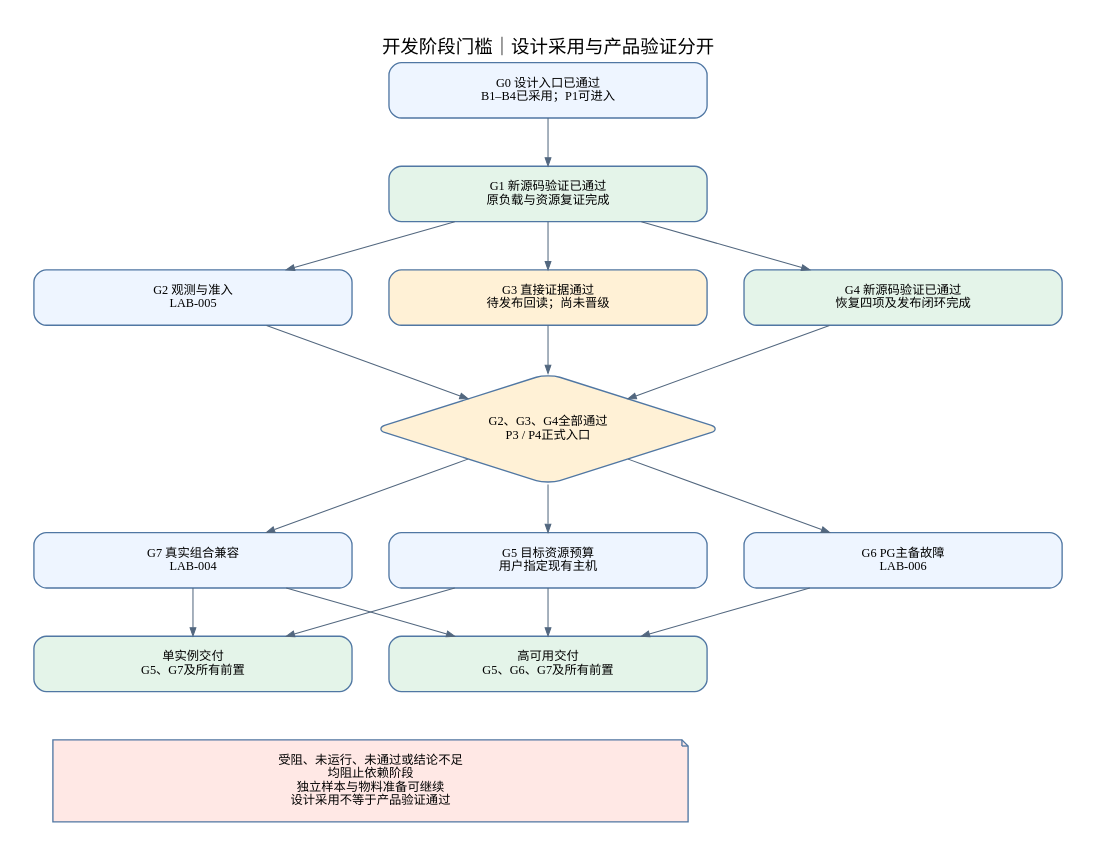
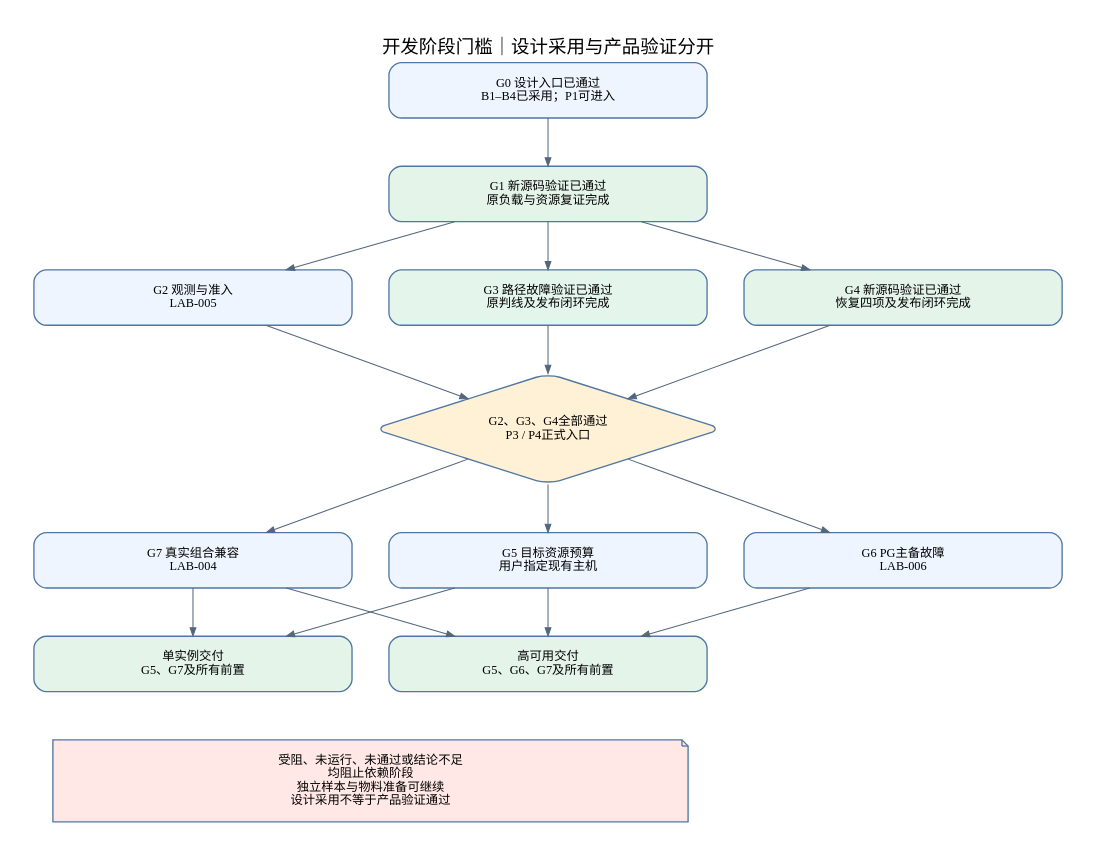
Before and after one commit to wyw-ai/loom-oi: the diagram in docs/architecture/diagrams/v0.7/06-delivery-dependencies.dot, drawn with Graphviz. The commit also changed 23 other files, not shown here.

```diff
--- a/docs/architecture/diagrams/v0.7/06-delivery-dependencies.dot
+++ b/docs/architecture/diagrams/v0.7/06-delivery-dependencies.dot
@@ -1,23 +1,23 @@
 digraph G {
 graph [bgcolor="white",pad="0.35",nodesep="0.5",ranksep="0.65",fontname="Noto Sans SC",fontsize=18,labelloc="t",splines=polyline];
 node [shape=box,style="rounded,filled",fillcolor="#eef5ff",color="#5077a3",fontname="Noto Sans SC",fontsize=12,width=4.3,margin="0.35,0.2",penwidth=1.3];
 edge [color="#52677f",fontname="Noto Sans SC",fontsize=10,arrowsize=0.8];
 rankdir=TB;label="开发阶段门槛｜设计采用与产品验证分开";
  g0[label="G0 设计入口已通过\nB1–B4已采用；P1可进入"];
  g1[label="G1 新源码验证已通过\n原负载与资源复证完成",fillcolor="#e4f4e9"];
  g2[label="G2 观测与准入\nLAB-005"];
- g3[label="G3 直接证据通过\n待发布回读；尚未晋级",fillcolor="#fff1d6"];
+ g3[label="G3 路径故障验证已通过\n原判线及发布闭环完成",fillcolor="#e4f5eb"];
  g4[label="G4 新源码验证已通过\n恢复四项及发布闭环完成",fillcolor="#e4f4e9"];
  gate[label="G2、G3、G4全部通过\nP3 / P4正式入口",shape=diamond,fillcolor="#fff1d6"];
  g5[label="G5 目标资源预算\n用户指定现有主机"];
  g6[label="G6 PG主备故障\nLAB-006"];
  g7[label="G7 真实组合兼容\nLAB-004"];
  single[label="单实例交付\nG5、G7及所有前置",fillcolor="#e4f4e9"];
  ha[label="高可用交付\nG5、G6、G7及所有前置",fillcolor="#e4f4e9"];
  g0->g1;g1->g2;g1->g3;g1->g4;{rank=same;g2;g3;g4;}
  g2->gate;g3->gate;g4->gate;gate->g5;gate->g6;gate->g7;{rank=same;g5;g6;g7;}
  g5->single;g7->single;g5->ha;g6->ha;g7->ha;
  note[label="受阻、未运行、未通过或结论不足\n均阻止依赖阶段\n独立样本与物料准备可继续\n设计采用不等于产品验证通过",width=8.6,shape=note,fillcolor="#ffe8e5"];
  single->note[style=invis];ha->note[style=invis];
 
 }
```
